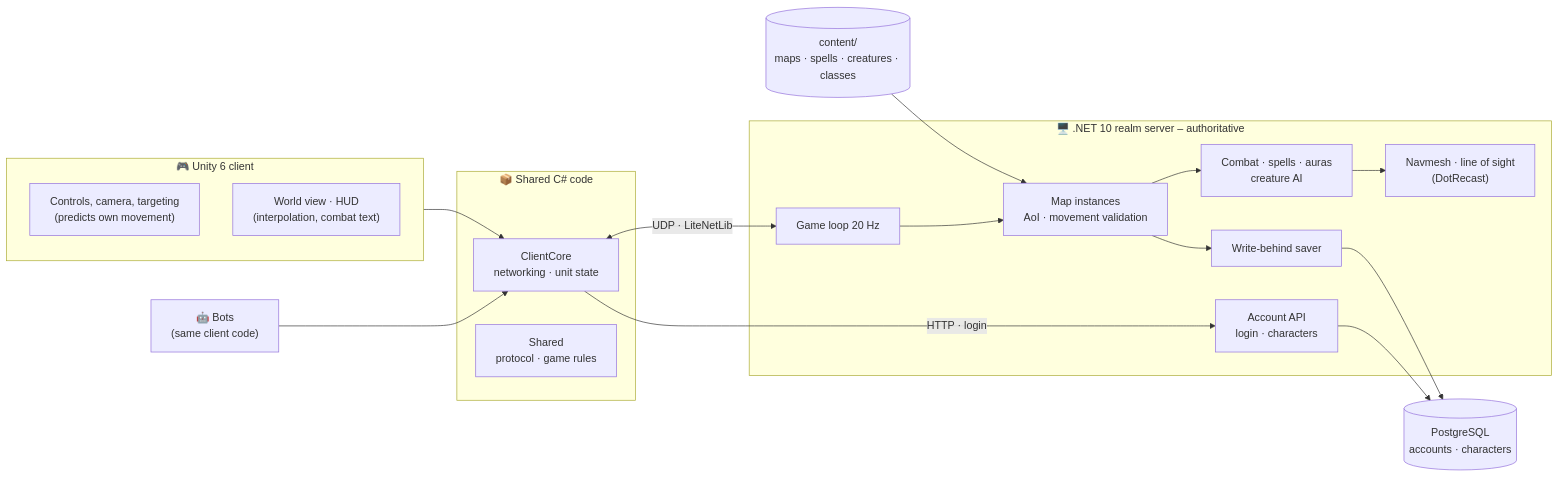
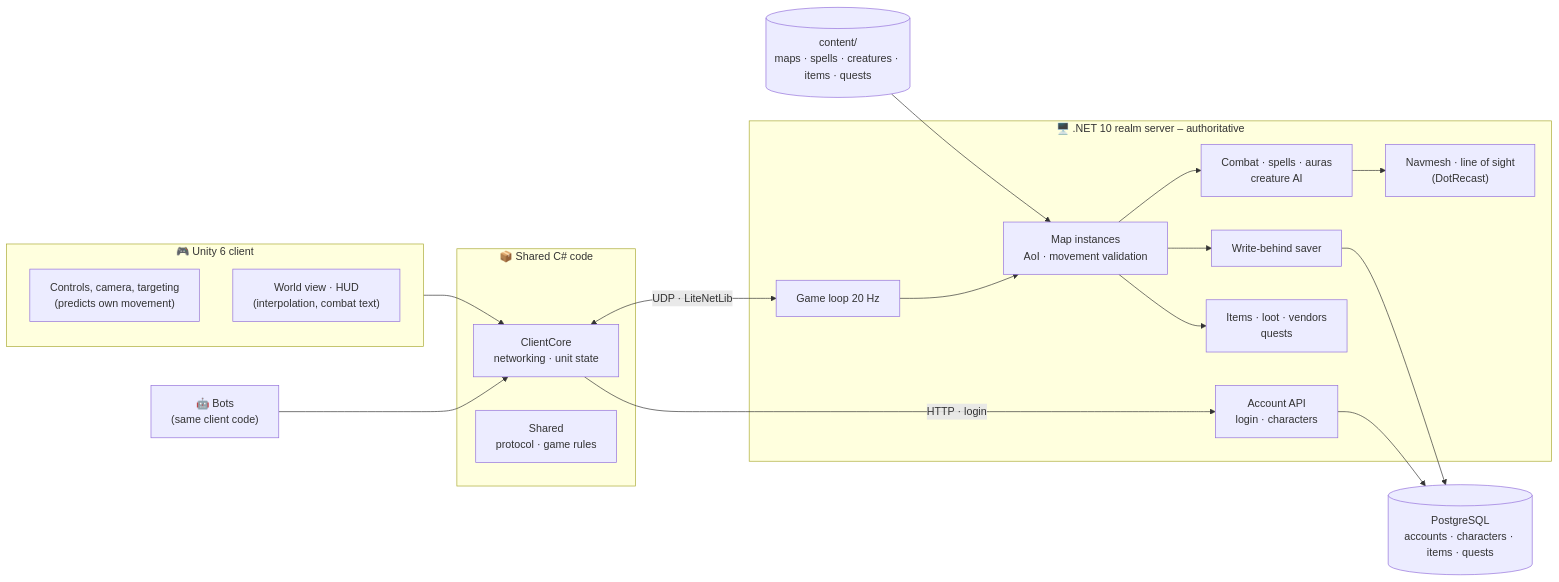
Before and after one commit to Mad-Mange/Madlands: the diagram in README.md, drawn with Mermaid. The commit also changed other lines of this file and 50 other files, not shown here.

First line of the commit message:
Phase 4 (client): bags, character sheet, loot, vendors and quest windows

````diff
--- a/README.md
+++ b/README.md
@@ -134,34 +174,36 @@
 ```mermaid
 flowchart LR
     subgraph client["🎮 Unity 6 client"]
         input["Controls, camera, targeting<br/>(predicts own movement)"]
         view["World view · HUD<br/>(interpolation, combat text)"]
     end
     subgraph shared["📦 Shared C# code"]
         core["ClientCore<br/>networking · unit state"]
         sh["Shared<br/>protocol · game rules"]
     end
     subgraph server["🖥️ .NET 10 realm server – authoritative"]
         api["Account API<br/>login · characters"]
         loop["Game loop 20 Hz"]
         maps["Map instances<br/>AoI · movement validation"]
         combat["Combat · spells · auras<br/>creature AI"]
+        items["Items · loot · vendors<br/>quests"]
         nav["Navmesh · line of sight<br/>(DotRecast)"]
         saver["Write-behind saver"]
         loop --> maps
         maps --> combat
+        maps --> items
         combat --> nav
         maps --> saver
     end
     bots["🤖 Bots<br/>(same client code)"]
-    content[("content/<br/>maps · spells · creatures · classes")]
-    db[("PostgreSQL<br/>accounts · characters")]
+    content[("content/<br/>maps · spells · creatures · items · quests")]
+    db[("PostgreSQL<br/>accounts · characters · items · quests")]
 
     client --> core
     bots --> core
     core -->|"HTTP · login"| api
     core <-->|"UDP · LiteNetLib"| loop
     content --> maps
     api --> db
     saver --> db
 ```
````
